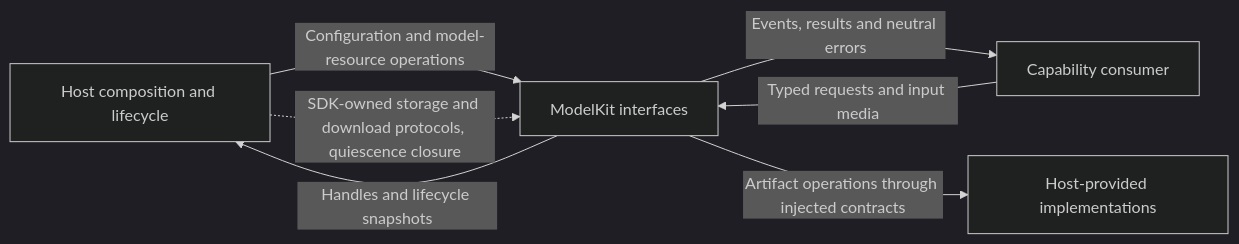
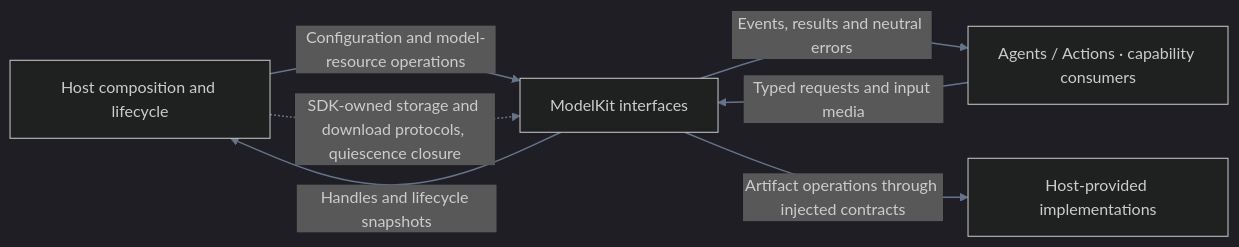
The first of 3 diagrams in MobileHarness/ModelKit/README.md (devilyouwei/MobileHarness), drawn with Mermaid (dark theme) before and after one commit. The commit also changed other lines of this file and 115 other files, not shown here.

````diff
--- a/MobileHarness/ModelKit/README.md
+++ b/MobileHarness/ModelKit/README.md
@@ -19,9 +13,10 @@
 ```mermaid
 flowchart LR
  Host[Host composition and lifecycle] -->|Configuration and model-resource operations| SDK[ModelKit interfaces]
- Caller[Capability consumer] -->|Typed requests and input media| SDK
+ Caller["Agents / Actions · capability consumers"] -->|Typed requests and input media| SDK
  SDK -->|Events, results and neutral errors| Caller
  SDK -->|Handles and lifecycle snapshots| Host
  Host -.->|SDK-owned storage and download protocols, quiescence closure| SDK
  SDK -->|Artifact operations through injected contracts| Adapters[Host-provided implementations]
+    linkStyle default stroke:#64748b,stroke-width:1.5px
 ```
````
